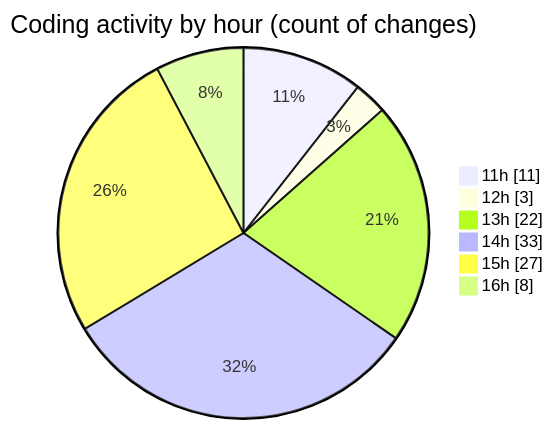
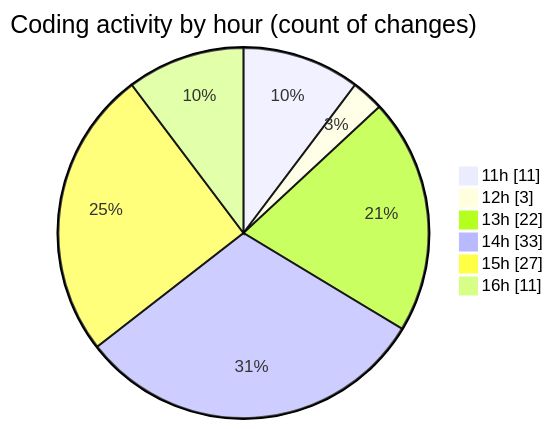
The second of 2 diagrams in 2026-05-20/cda/README.md (momahboobian/code-tracking), drawn with Mermaid before and after one commit. The commit also changed other lines of this file and 1 other file, not shown here.

````diff
--- a/2026-05-20/cda/README.md
+++ b/2026-05-20/cda/README.md
@@ -48,10 +48,10 @@
 ```mermaid
 pie showData
 title Coding activity by hour (count of changes)
 "11h" : 11
 "12h" : 3
 "13h" : 22
 "14h" : 33
 "15h" : 27
-"16h" : 8
+"16h" : 11
 ```
````
